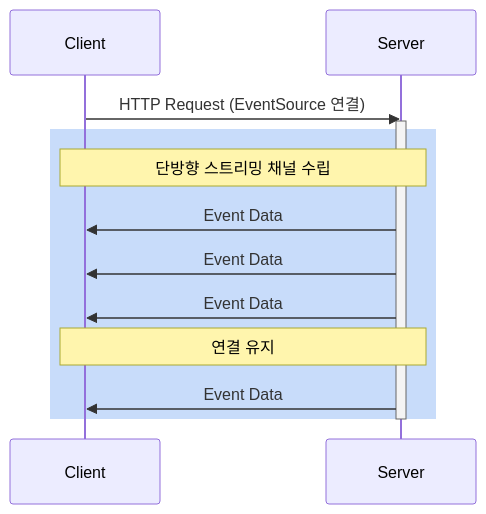
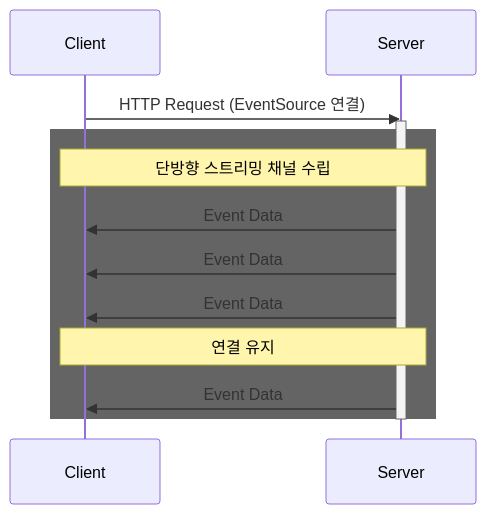
Before and after one commit to minus43/spring-stomp-practice: the third of 6 diagrams in README.md, drawn with Mermaid. The commit also changed other lines of this file, not shown here.

````diff
--- a/README.md
+++ b/README.md
@@ -67,17 +67,17 @@
 ```mermaid
 sequenceDiagram
     participant Client
     participant Server
     
     Client->>Server: HTTP Request (EventSource 연결)
     activate Server
-    rect rgb(200, 220, 250)
+    rect rgb(100, 100, 100)
         Note over Client,Server: 단방향 스트리밍 채널 수립
         Server->>Client: Event Data
         Server->>Client: Event Data
         Server->>Client: Event Data
         Note over Client,Server: 연결 유지
         Server->>Client: Event Data
     end
     deactivate Server
 ```
````
